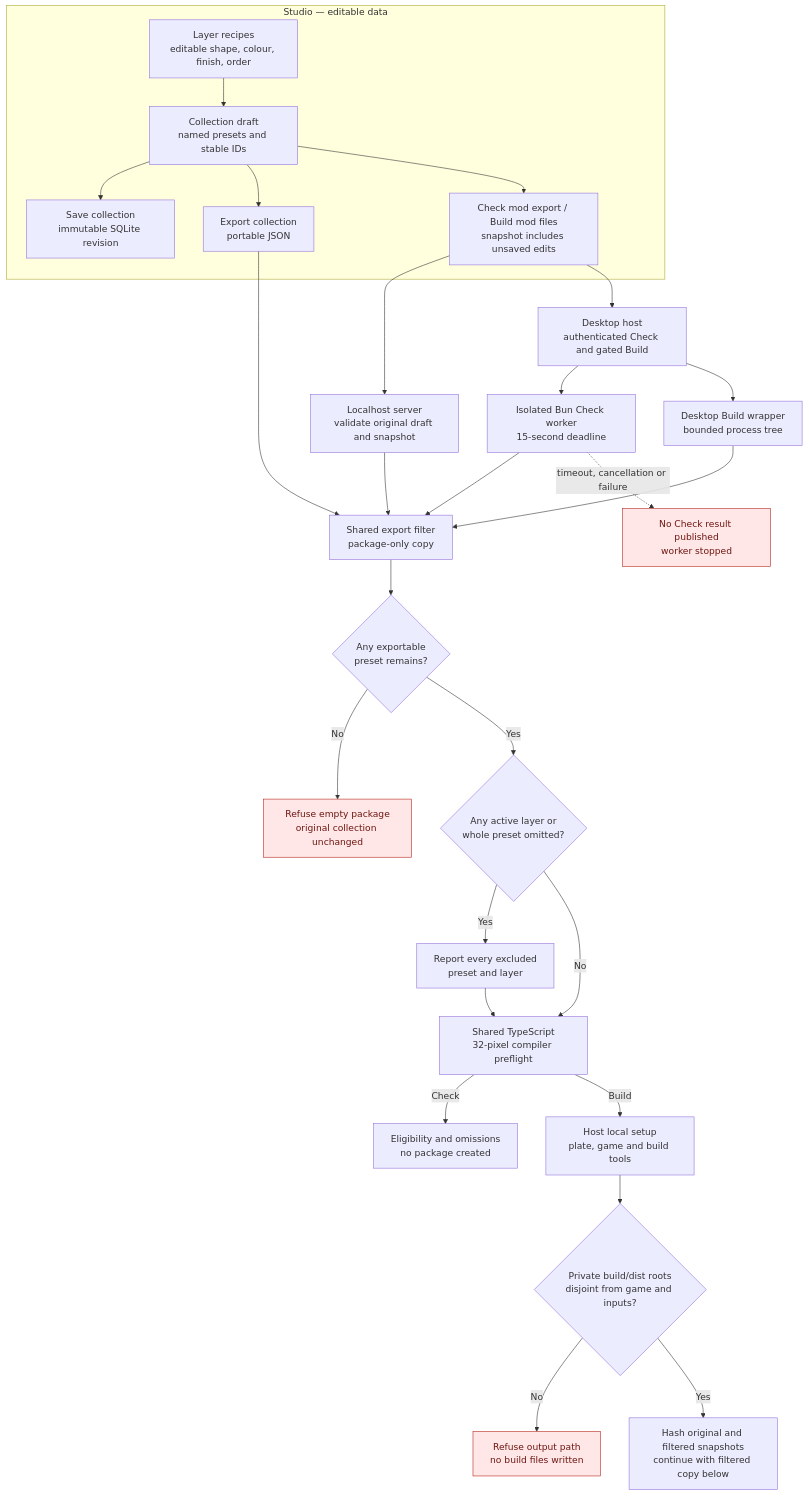
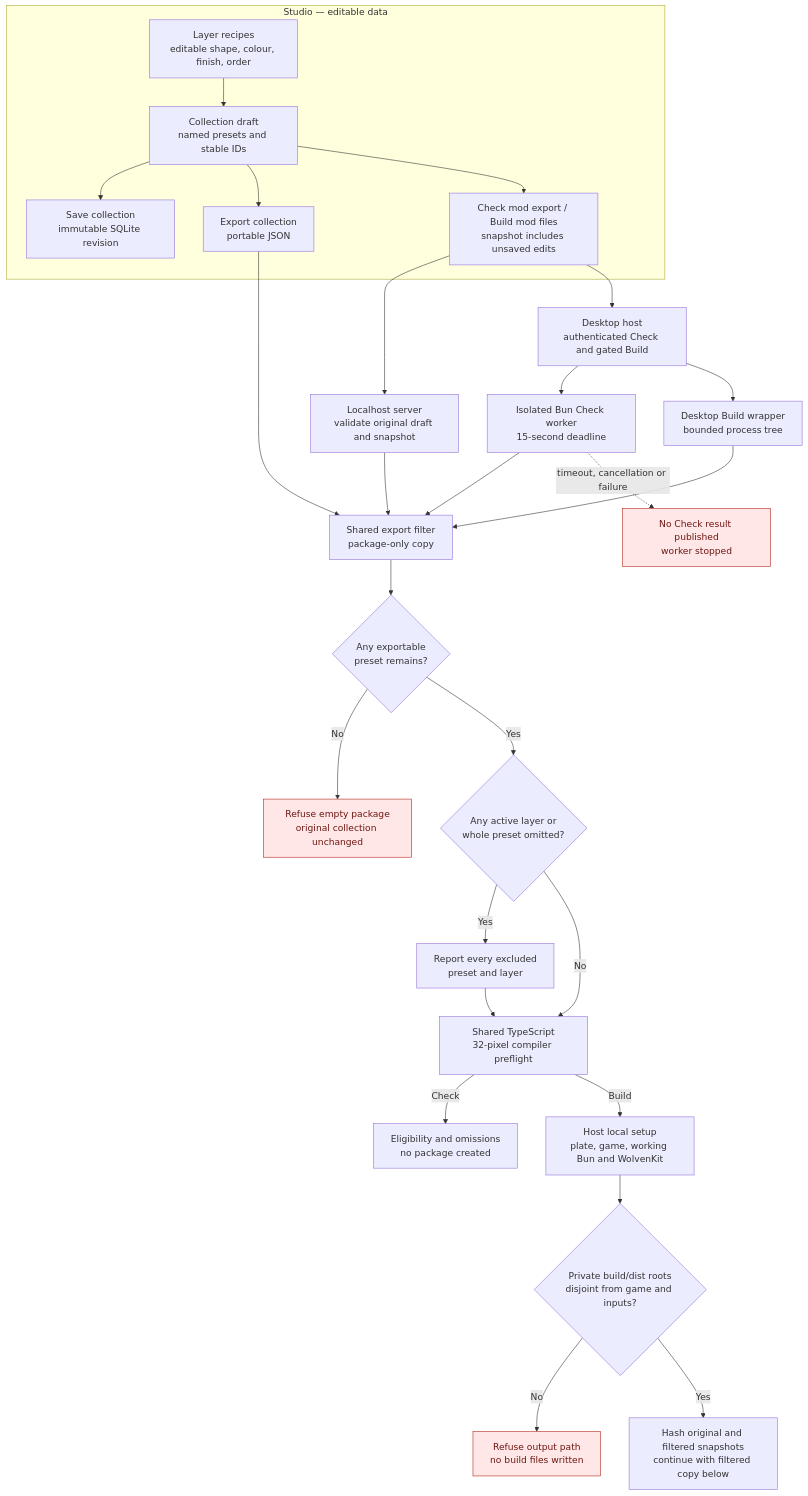
One commit to axefrog/xf-studio changed the first of 3 diagrams in research/authoring/studio-to-mod-pipeline.md. Above: the diagram before and after it, drawn with Mermaid. The commit also changed other lines of this file and 3 other files, not shown here.

Commit message:
Probe Bun execution before enabling desktop Build

````diff
--- a/research/authoring/studio-to-mod-pipeline.md
+++ b/research/authoring/studio-to-mod-pipeline.md
@@ -11,33 +11,33 @@
 ```mermaid
 flowchart TB
   subgraph editor["Studio — editable data"]
     recipe["Layer recipes<br/>editable shape, colour, finish, order"] --> draft["Collection draft<br/>named presets and stable IDs"]
     draft --> sqlite["Save collection<br/>immutable SQLite revision"]
     draft --> export["Export collection<br/>portable JSON"]
     draft --> ui["Check mod export / Build mod files<br/>snapshot includes unsaved edits"]
   end
 
   ui --> server["Localhost server<br/>validate original draft and snapshot"]
   ui --> desktop["Desktop host<br/>authenticated Check and gated Build"]
   server --> filter["Shared export filter<br/>package-only copy"]
   desktop --> worker["Isolated Bun Check worker<br/>15-second deadline"]
   desktop --> buildWrapper["Desktop Build wrapper<br/>bounded process tree"]
   worker --> filter
   buildWrapper --> filter
   worker -. "timeout, cancellation or failure" .-> noresult["No Check result published<br/>worker stopped"]
   export --> filter
   filter --> decision{"Any exportable<br/>preset remains?"}
   decision -- No --> reject["Refuse empty package<br/>original collection unchanged"]
   decision -- Yes --> omitted{"Any active layer or<br/>whole preset omitted?"}
   omitted -- Yes --> warn["Report every excluded<br/>preset and layer"]
   omitted -- No --> preflight["Shared TypeScript<br/>32-pixel compiler preflight"]
   warn --> preflight
   preflight -- Check --> ready["Eligibility and omissions<br/>no package created"]
-  preflight -- Build --> setup["Host local setup<br/>plate, game and build tools"]
+  preflight -- Build --> setup["Host local setup<br/>plate, game, working Bun and WolvenKit"]
   setup --> roots{"Private build/dist roots<br/>disjoint from game and inputs?"}
   roots -- No --> unsafe["Refuse output path<br/>no build files written"]
   roots -- Yes --> snapshot["Hash original and filtered snapshots<br/>continue with filtered copy below"]
 
   classDef blocked fill:#ffe7e7,stroke:#b42318,color:#6e1611;
   class reject,noresult,unsafe blocked;
 ```
````
